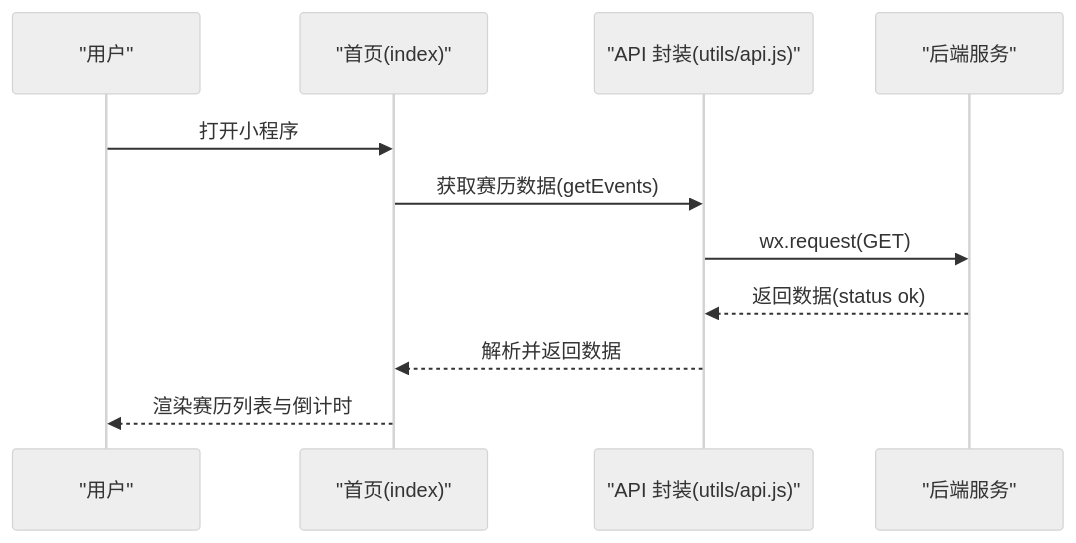
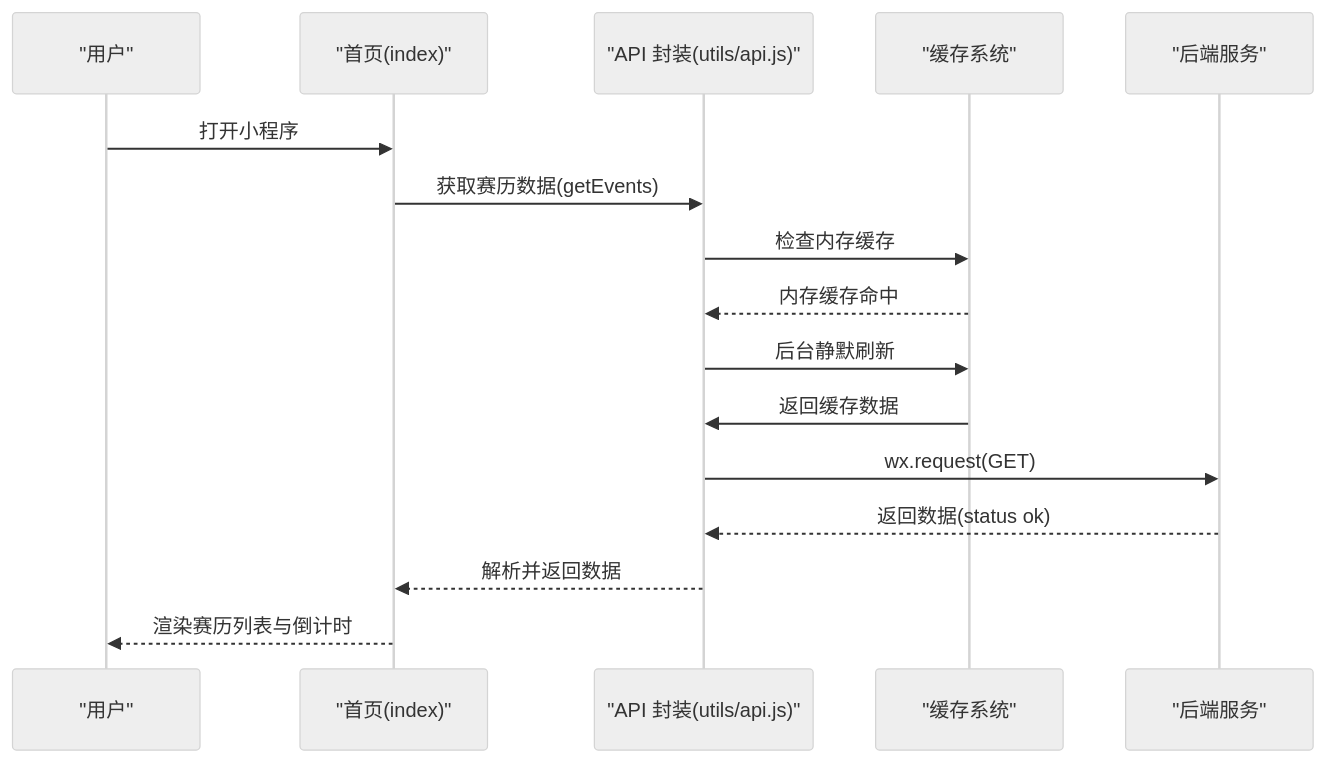
One commit to jianai0330/Fast-F1 changed the second of 20 diagrams in .qoder/repowiki/zh/content/微信小程序前端/微信小程序前端.md. Above: the diagram before and after it, drawn with Mermaid (neutral theme). The commit also changed other lines of this file and 3 other files, not shown here.

````diff
--- a/.qoder/repowiki/zh/content/微信小程序前端/微信小程序前端.md
+++ b/.qoder/repowiki/zh/content/微信小程序前端/微信小程序前端.md
@@ -154,13 +174,18 @@
 ```mermaid
 sequenceDiagram
 participant 用户 as "用户"
 participant 首页 as "首页(index)"
 participant API as "API 封装(utils/api.js)"
+participant 缓存 as "缓存系统"
 participant 后端 as "后端服务"
 用户->>首页 : 打开小程序
 首页->>API : 获取赛历数据(getEvents)
+API->>缓存 : 检查内存缓存
+缓存-->>API : 内存缓存命中
+API->>缓存 : 后台静默刷新
+缓存->>API : 返回缓存数据
 API->>后端 : wx.request(GET)
 后端-->>API : 返回数据(status ok)
 API-->>首页 : 解析并返回数据
 首页-->>用户 : 渲染赛历列表与倒计时
 ```
````
